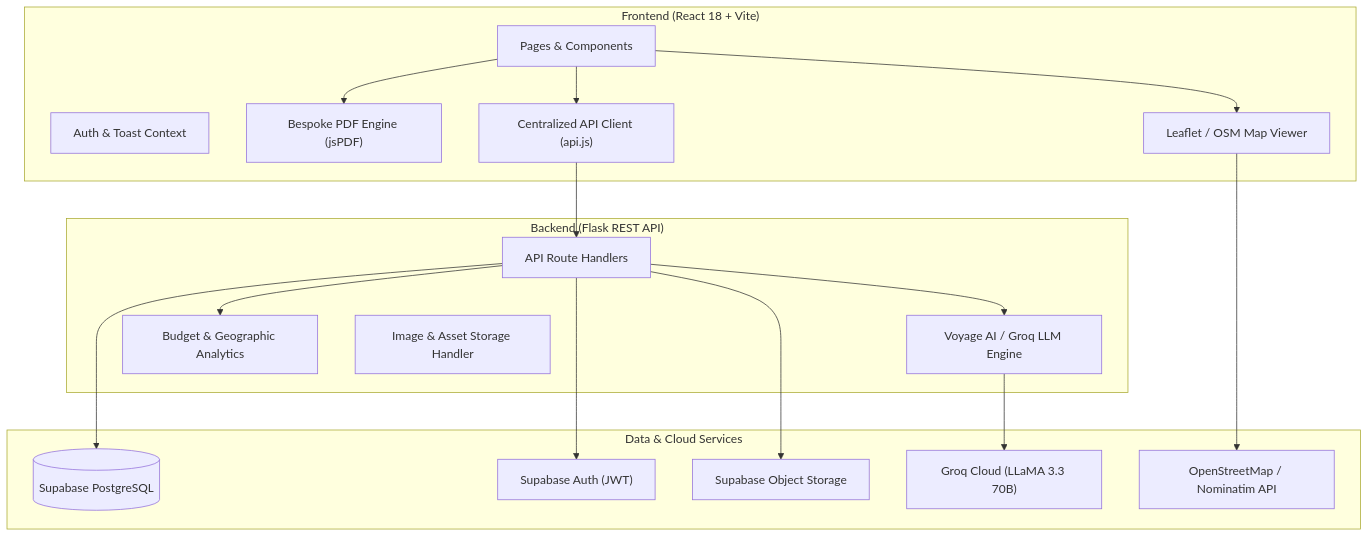
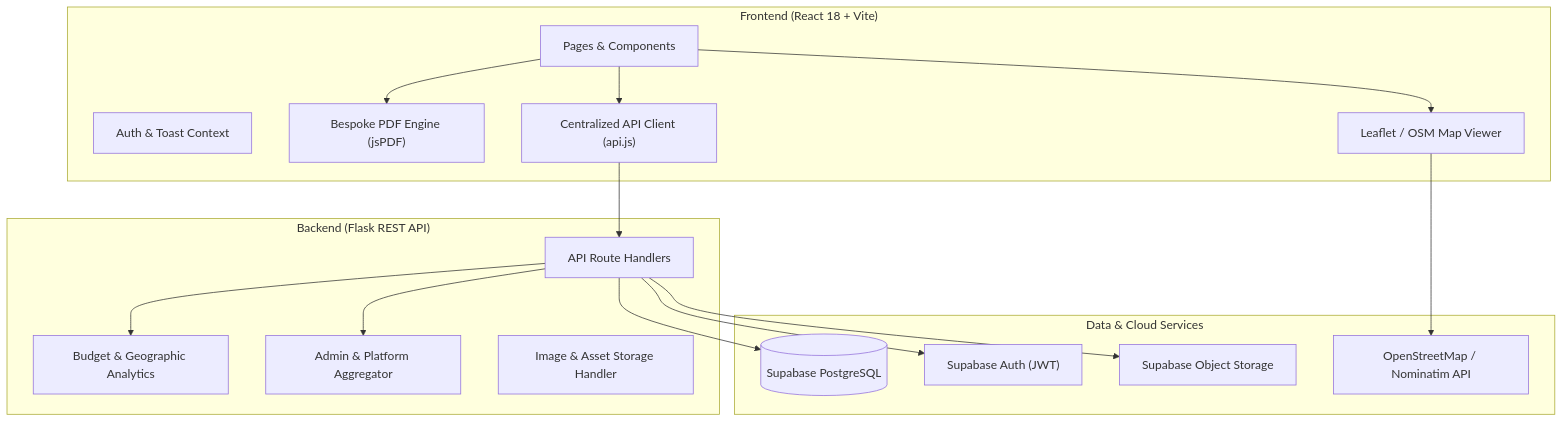
Before and after one commit to Solivagus17/globetrotter: the diagram in README.md, drawn with Mermaid. The commit also changed other lines of this file, not shown here.

````diff
--- a/README.md
+++ b/README.md
@@ -66,37 +38,35 @@
 ```mermaid
 flowchart TD
     subgraph Frontend["Frontend (React 18 + Vite)"]
         UI["Pages & Components"]
         Context["Auth & Toast Context"]
         PDF["Bespoke PDF Engine (jsPDF)"]
         Map["Leaflet / OSM Map Viewer"]
         API_Client["Centralized API Client (api.js)"]
     end
 
     subgraph Backend["Backend (Flask REST API)"]
         Routes["API Route Handlers"]
-        VoyageAI["Voyage AI / Groq LLM Engine"]
         Analytics["Budget & Geographic Analytics"]
+        AdminModule["Admin & Platform Aggregator"]
         Storage["Image & Asset Storage Handler"]
     end
 
     subgraph External["Data & Cloud Services"]
         Supabase_DB[("Supabase PostgreSQL")]
         Supabase_Auth["Supabase Auth (JWT)"]
         Supabase_Storage["Supabase Object Storage"]
-        Groq_Cloud["Groq Cloud (LLaMA 3.3 70B)"]
         OSM["OpenStreetMap / Nominatim API"]
     end
 
     UI --> API_Client
     UI --> PDF
     UI --> Map
     Map --> OSM
     API_Client --> Routes
-    Routes --> VoyageAI
     Routes --> Analytics
-    VoyageAI --> Groq_Cloud
+    Routes --> AdminModule
     Routes --> Supabase_DB
     Routes --> Supabase_Auth
     Routes --> Supabase_Storage
 ```
````
